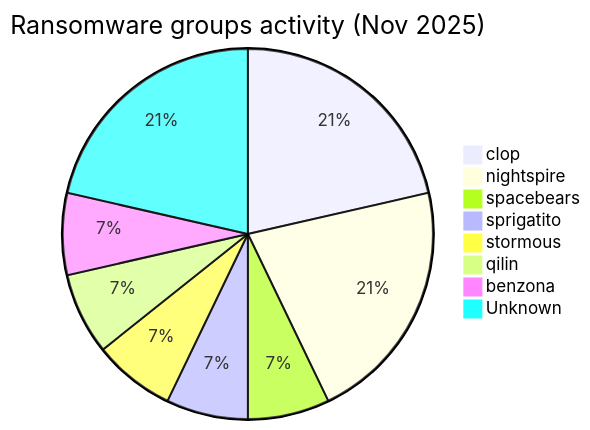
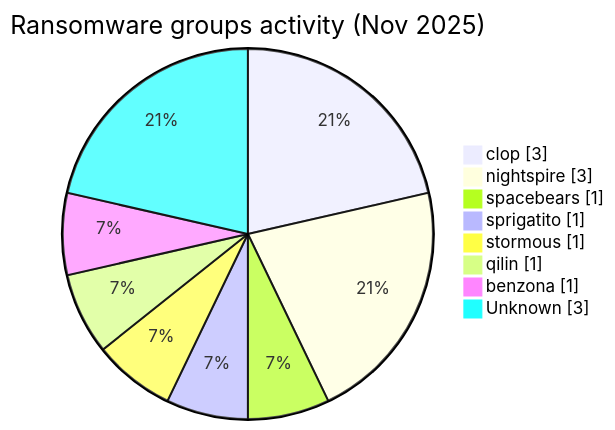
Before and after one commit to Hatchepsoute/AFRINTEL: the first of 6 diagrams in CyberAttackAfrica/2025/11-november/README.md, drawn with Mermaid. The commit also changed other lines of this file and 182 other files, not shown here.

````diff
--- a/CyberAttackAfrica/2025/11-november/README.md
+++ b/CyberAttackAfrica/2025/11-november/README.md
@@ -44,11 +46,12 @@
 ```mermaid
-pie title Ransomware groups activity (Nov 2025)
+pie showData
+    title Ransomware groups activity (Nov 2025)
     "clop" : 3
     "nightspire" : 3
     "spacebears" : 1
     "sprigatito" : 1
     "stormous" : 1
     "qilin" : 1
     "benzona" : 1
     "Unknown" : 3
 ```
````
